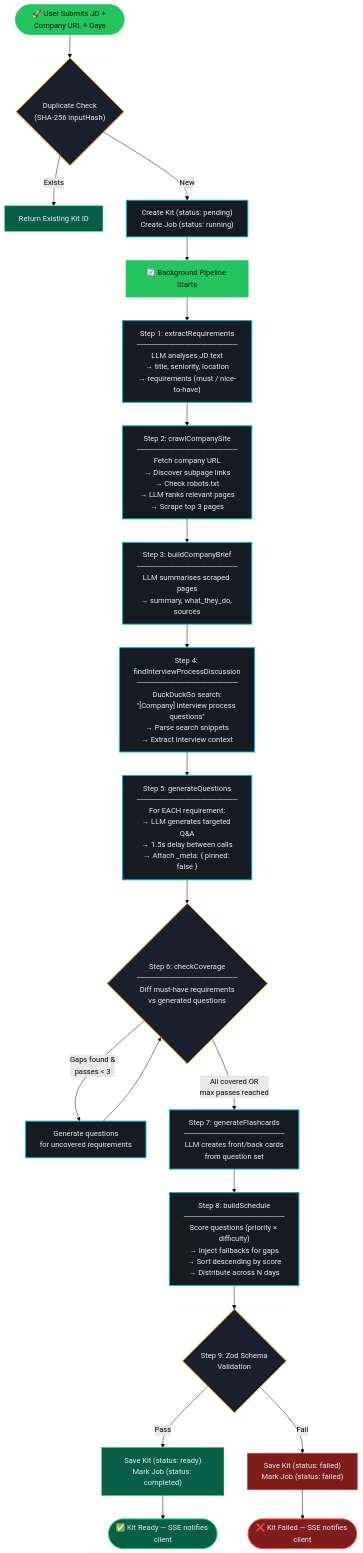
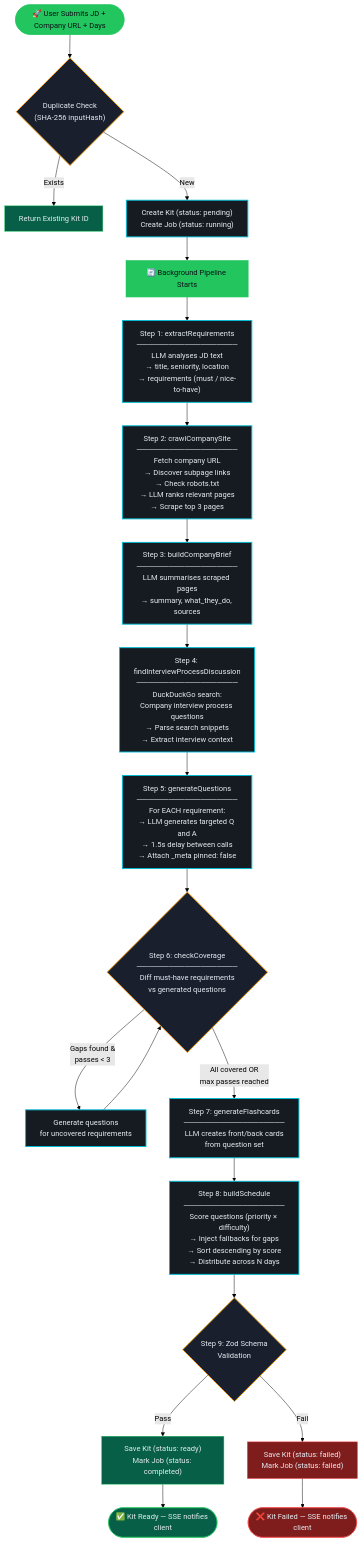
One commit to Piyush0053/Trao-Interview-Prep-AI changed the fifth of 11 diagrams in README.md. Above: the diagram before and after it, drawn with Mermaid (forest theme).

Commit message:
fix:Fixed point 5 HLD diagram

````diff
--- a/README.md
+++ b/README.md
@@ -277,47 +277,47 @@
 ```mermaid
 flowchart TD
     START(["🚀 User Submits JD + Company URL + Days"])
     START --> DEDUP{"Duplicate Check<br/>(SHA-256 inputHash)"}
     DEDUP -- "Exists" --> RETURN_EXISTING["Return Existing Kit ID"]
     DEDUP -- "New" --> CREATE_KIT["Create Kit (status: pending)<br/>Create Job (status: running)"]
 
     CREATE_KIT --> BG_START["🔄 Background Pipeline Starts"]
 
     BG_START --> STEP1["Step 1: extractRequirements<br/>───────────────────<br/>LLM analyses JD text<br/>→ title, seniority, location<br/>→ requirements (must / nice-to-have)"]
 
     STEP1 --> STEP2["Step 2: crawlCompanySite<br/>───────────────────<br/>Fetch company URL<br/>→ Discover subpage links<br/>→ Check robots.txt<br/>→ LLM ranks relevant pages<br/>→ Scrape top 3 pages"]
 
     STEP2 --> STEP3["Step 3: buildCompanyBrief<br/>───────────────────<br/>LLM summarises scraped pages<br/>→ summary, what_they_do, sources"]
 
-    STEP3 --> STEP4["Step 4: findInterviewProcessDiscussion<br/>───────────────────<br/>DuckDuckGo search:<br/>&quot;[Company] interview process questions&quot;<br/>→ Parse search snippets<br/>→ Extract interview context"]
+    STEP3 --> STEP4["Step 4: findInterviewProcessDiscussion<br/>───────────────────<br/>DuckDuckGo search:<br/>Company interview process questions<br/>→ Parse search snippets<br/>→ Extract interview context"]
 
-    STEP4 --> STEP5["Step 5: generateQuestions<br/>───────────────────<br/>For EACH requirement:<br/>→ LLM generates targeted Q&A<br/>→ 1.5s delay between calls<br/>→ Attach _meta: { pinned: false }"]
+    STEP4 --> STEP5["Step 5: generateQuestions<br/>───────────────────<br/>For EACH requirement:<br/>→ LLM generates targeted Q and A<br/>→ 1.5s delay between calls<br/>→ Attach _meta pinned: false"]
 
     STEP5 --> STEP6{"Step 6: checkCoverage<br/>───────────────────<br/>Diff must-have requirements<br/>vs generated questions"}
 
     STEP6 -- "Gaps found &<br/>passes < 3" --> GAP_FILL["Generate questions<br/>for uncovered requirements"]
     GAP_FILL --> STEP6
 
     STEP6 -- "All covered OR<br/>max passes reached" --> STEP7["Step 7: generateFlashcards<br/>───────────────────<br/>LLM creates front/back cards<br/>from question set"]
 
     STEP7 --> STEP8["Step 8: buildSchedule<br/>───────────────────<br/>Score questions (priority × difficulty)<br/>→ Inject fallbacks for gaps<br/>→ Sort descending by score<br/>→ Distribute across N days"]
 
     STEP8 --> VALIDATE{"Step 9: Zod Schema<br/>Validation"}
     VALIDATE -- "Pass" --> SAVE["Save Kit (status: ready)<br/>Mark Job (status: completed)"]
     VALIDATE -- "Fail" --> FAIL["Save Kit (status: failed)<br/>Mark Job (status: failed)"]
 
     SAVE --> DONE(["✅ Kit Ready — SSE notifies client"])
     FAIL --> DONE_FAIL(["❌ Kit Failed — SSE notifies client"])
 
     classDef start fill:#22c55e,stroke:#22c55e,color:#0d1117
     classDef step fill:#161b22,stroke:#00bcd4,stroke-width:2px,color:#e6edf3
     classDef decision fill:#1a1f2e,stroke:#f59e0b,stroke-width:2px,color:#e6edf3
     classDef success fill:#065f46,stroke:#22c55e,color:#e6edf3
     classDef error fill:#7f1d1d,stroke:#ef4444,color:#e6edf3
 
     class START,BG_START start
     class STEP1,STEP2,STEP3,STEP4,STEP5,GAP_FILL,STEP7,STEP8,CREATE_KIT step
     class DEDUP,STEP6,VALIDATE decision
     class SAVE,DONE,RETURN_EXISTING success
     class FAIL,DONE_FAIL error
 ```
````
